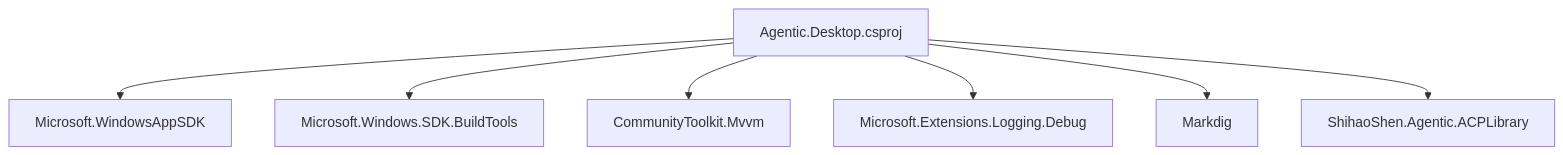
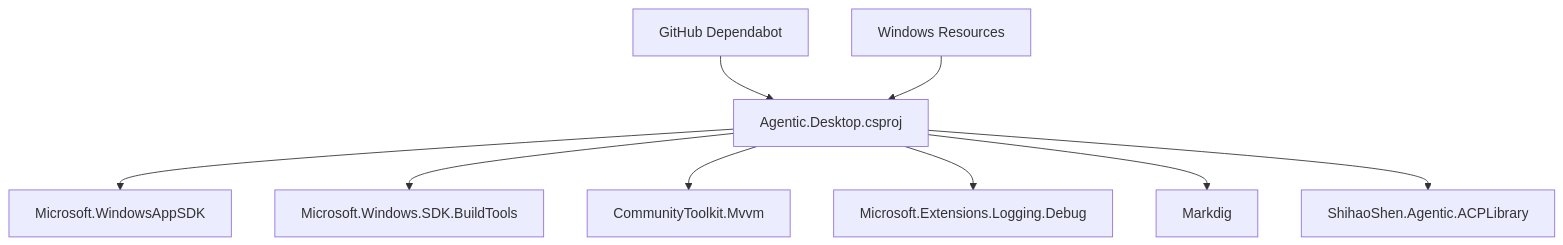
Before and after one commit to AgenticDesktop/App: the tenth of 10 diagrams in .qoder/repowiki/en/content/Configuration and Deployment.md, drawn with Mermaid. The commit also changed other lines of this file and 22 other files, not shown here.

````diff
--- a/.qoder/repowiki/en/content/Configuration and Deployment.md
+++ b/.qoder/repowiki/en/content/Configuration and Deployment.md
@@ -337,16 +411,20 @@
 ```mermaid
 graph TB
 CSProj["Agentic.Desktop.csproj"]
 WinAppSDK["Microsoft.WindowsAppSDK"]
 BuildTools["Microsoft.Windows.SDK.BuildTools"]
 MVVM["CommunityToolkit.Mvvm"]
 Logging["Microsoft.Extensions.Logging.Debug"]
 Markdig["Markdig"]
 ACPLib["ShihaoShen.Agentic.ACPLibrary"]
+Dependabot["GitHub Dependabot"]
+Localization["Windows Resources"]
 CSProj --> WinAppSDK
 CSProj --> BuildTools
 CSProj --> MVVM
 CSProj --> Logging
 CSProj --> Markdig
 CSProj --> ACPLib
+Dependabot --> CSProj
+Localization --> CSProj
 ```
````
